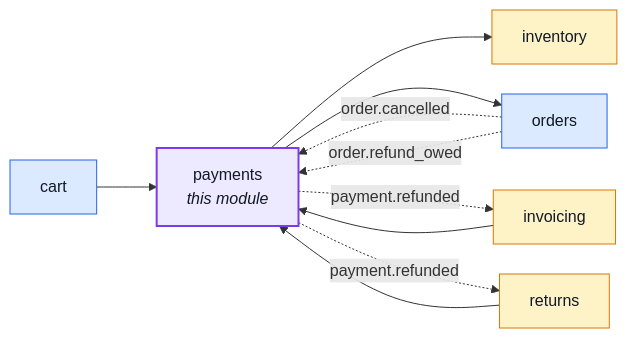
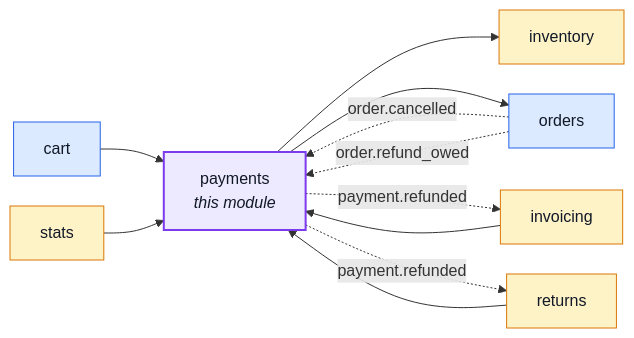
The first of 10 diagrams in docs/modules/payments.md (Guebbit/boilerplate-node-backend), drawn with Mermaid before and after one commit. The commit also changed other lines of this file and 56 other files, not shown here.

````diff
--- a/docs/modules/payments.md
+++ b/docs/modules/payments.md
@@ -16,28 +16,30 @@
 ```mermaid
 %%{init: {'flowchart': {'nodeSpacing': 30, 'rankSpacing': 60}}}%%
 flowchart LR
     payments["payments<br/><i>this module</i>"]
     cart["cart"]
     inventory["inventory"]
     invoicing["invoicing"]
     orders["orders"]
     returns["returns"]
+    stats["stats"]
 
     cart --> payments
     invoicing --> payments
     returns --> payments
+    stats --> payments
     payments --> inventory
     payments --> orders
     orders -. "order.cancelled" .-> payments
     orders -. "order.refund_owed" .-> payments
     payments -. "payment.refunded" .-> invoicing
     payments -. "payment.refunded" .-> returns
 
     classDef core fill:#dbeafe,stroke:#2563eb,color:#111827;
     classDef supporting fill:#fef3c7,stroke:#d97706,color:#111827;
     classDef generic fill:#dcfce7,stroke:#16a34a,color:#111827;
     classDef centre fill:#ede9fe,stroke:#7c3aed,stroke-width:2px,color:#111827;
     class cart,orders core;
-    class inventory,invoicing,returns supporting;
+    class inventory,invoicing,returns,stats supporting;
     class payments centre;
 ```
````
